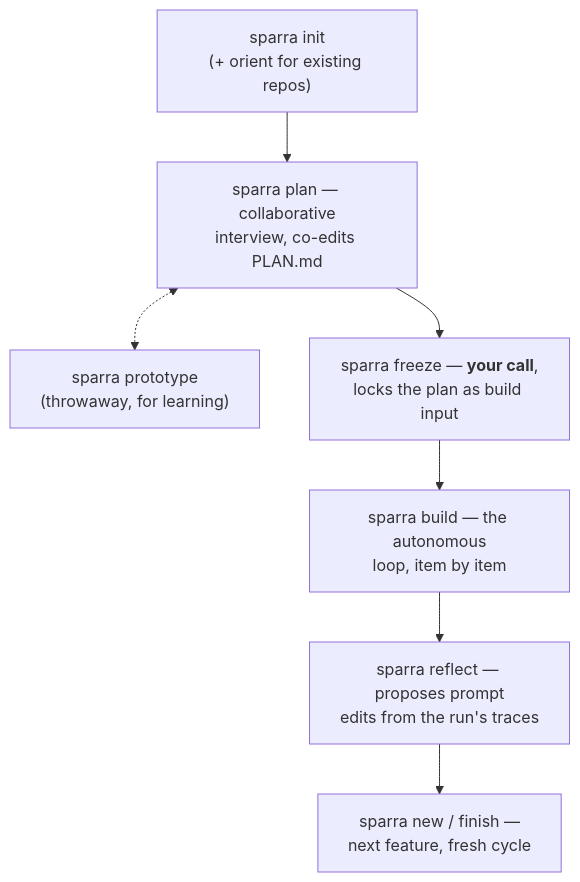
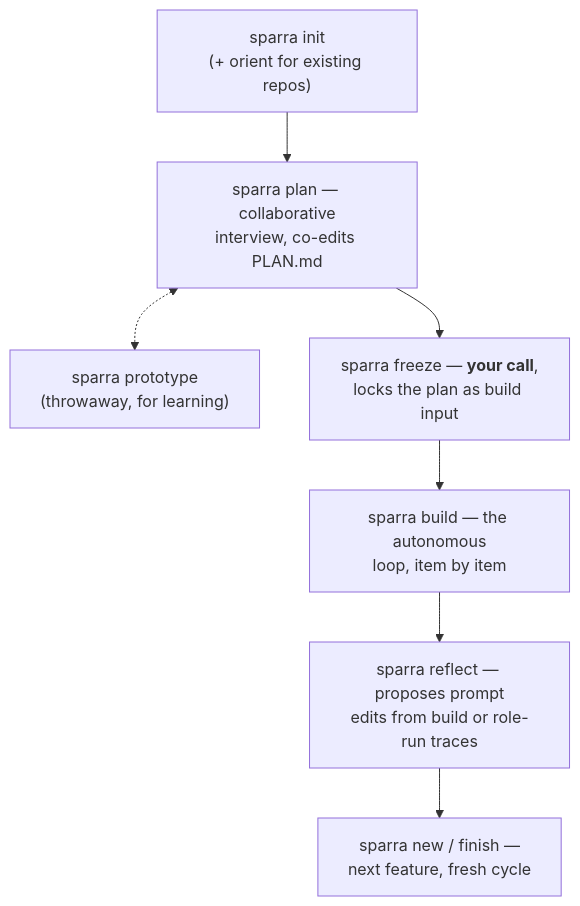
One commit to KristopherGBaker/Sparra changed the third of 3 diagrams in README.md. Above: the diagram before and after it, drawn with Mermaid. The commit also changed other lines of this file and 10 other files, not shown here.

First line of the commit message:
feat(reflect): reflect over ad-hoc role-run traces via --traces + auto-discovery (U3, eval pending)

````diff
--- a/README.md
+++ b/README.md
@@ -60,9 +60,9 @@
 ```mermaid
 flowchart TB
     init["sparra init<br>(+ orient for existing repos)"] --> plan
     plan["sparra plan — collaborative<br>interview, co-edits PLAN.md"] <-.-> proto["sparra prototype<br>(throwaway, for learning)"]
     plan --> freeze["sparra freeze — <b>your call</b>,<br>locks the plan as build input"]
     freeze --> build["sparra build — the autonomous<br>loop, item by item"]
-    build --> reflect["sparra reflect — proposes prompt<br>edits from the run's traces"]
+    build --> reflect["sparra reflect — proposes prompt<br>edits from build or role-run traces"]
     reflect --> new["sparra new / finish —<br>next feature, fresh cycle"]
 ```
````
